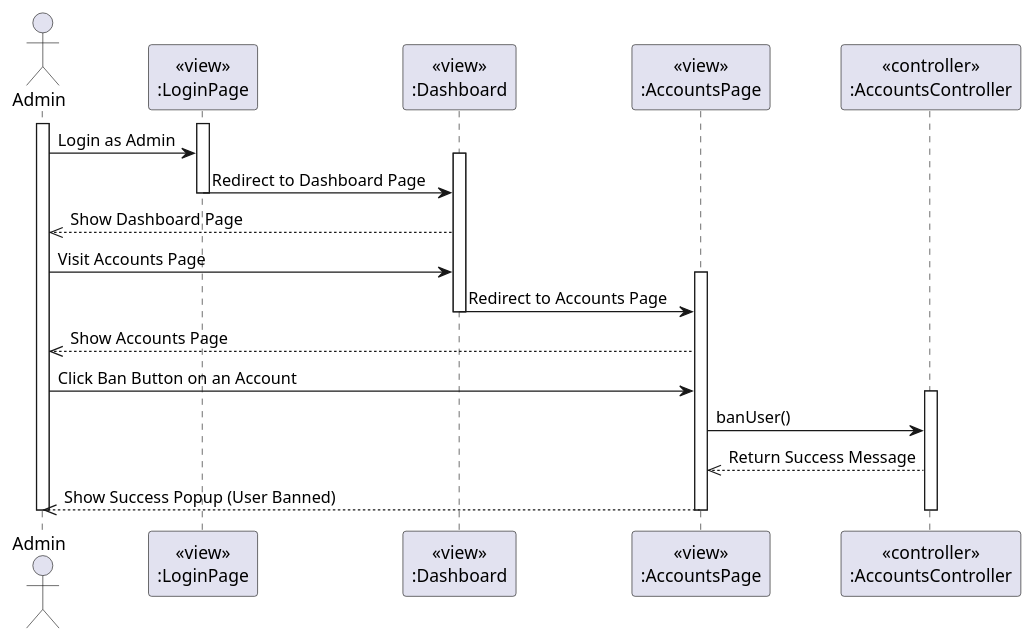
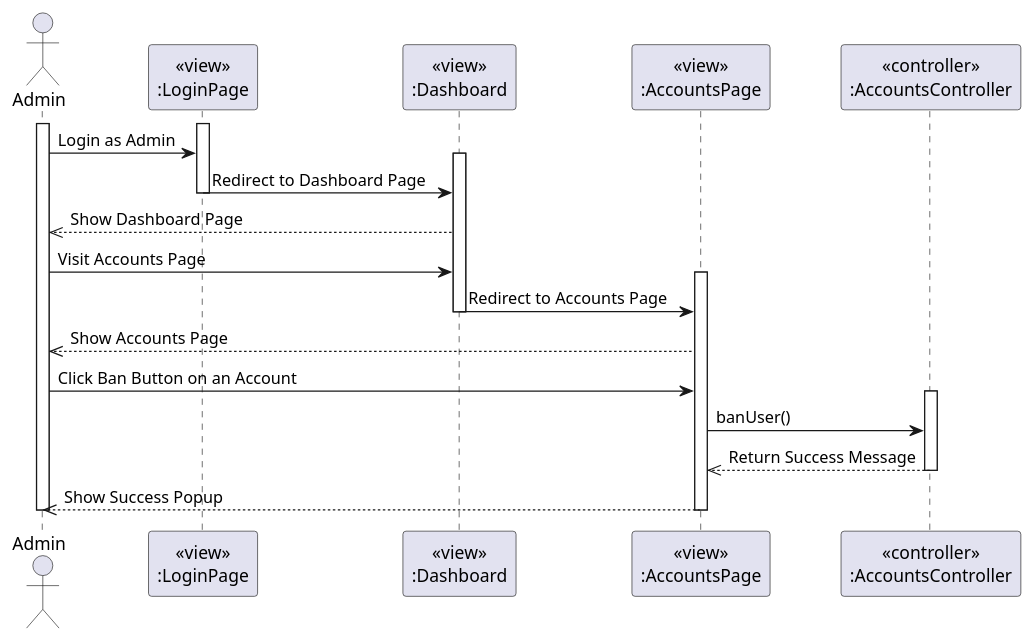
One commit to felixpherry/Lecturna-UML changed the diagram in 008. Ban User/Sequence Diagram.puml. Above: the diagram before and after it, drawn with PlantUML. The commit also changed 82 other files, not shown here.

Commit message:
Fix: Sequence Diagrams

```diff
--- a/008. Ban User/Sequence Diagram.puml
+++ b/008. Ban User/Sequence Diagram.puml
@@ -1,48 +1,48 @@
 @startuml Ban User
 actor Admin
 participant LoginPageView [
   <<view>>
   :LoginPage
 ]
 
 participant DashboardView [
   <<view>>
   :Dashboard
 ]
 
 participant AccountsView [
   <<view>>
   :AccountsPage
 ]
 
 activate Admin
 activate LoginPageView
 Admin -> LoginPageView: Login as Admin
 activate DashboardView
 LoginPageView -> DashboardView: Redirect to Dashboard Page
 deactivate LoginPageView
 
 DashboardView -->> Admin: Show Dashboard Page
 
 Admin -> DashboardView: Visit Accounts Page
 activate AccountsView
 DashboardView -> AccountsView: Redirect to Accounts Page
 deactivate DashboardView
 
 AccountsView -->> Admin: Show Accounts Page
 Admin -> AccountsView: Click Ban Button on an Account
 
 participant AccountsController [
   <<controller>>
   :AccountsController
 ]
 
 activate AccountsController
 AccountsView -> AccountsController: banUser()
 AccountsController -->> AccountsView: Return Success Message
-AccountsView -->> Admin: Show Success Popup (User Banned)
+deactivate AccountsController
+AccountsView -->> Admin: Show Success Popup
 
 deactivate Admin
 deactivate AccountsView
-deactivate AccountsController
 @enduml
```
